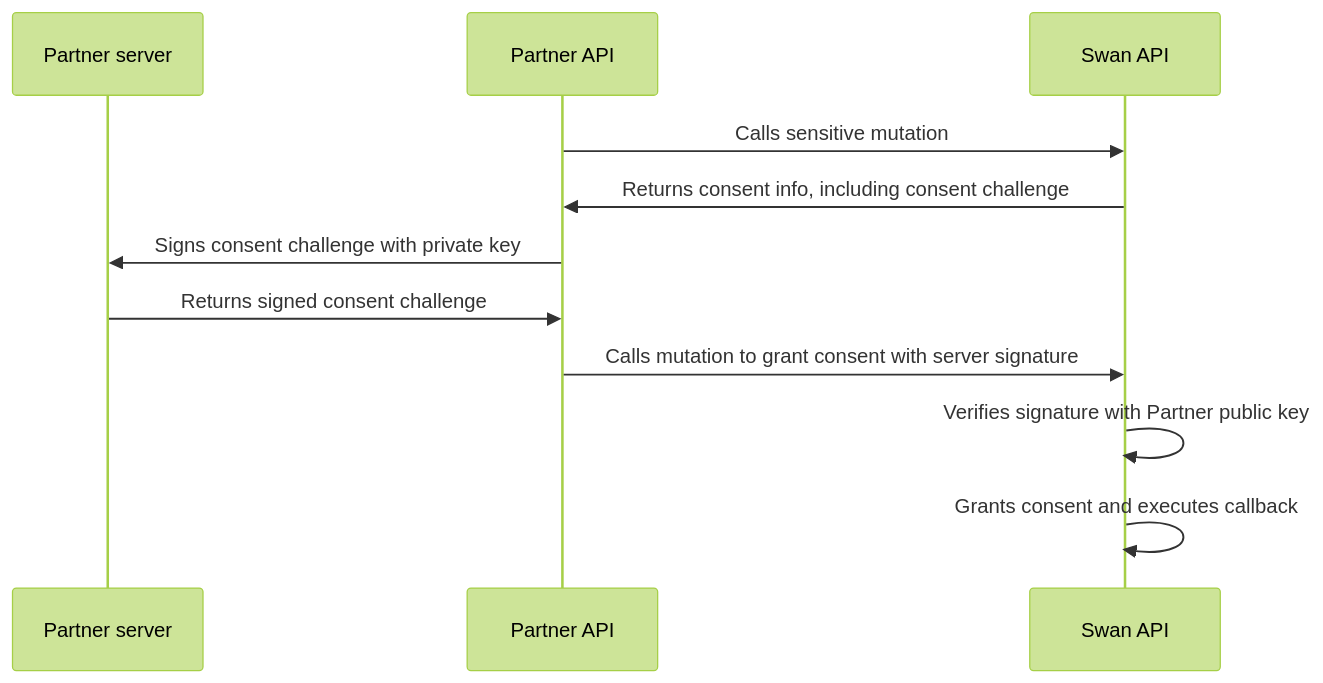
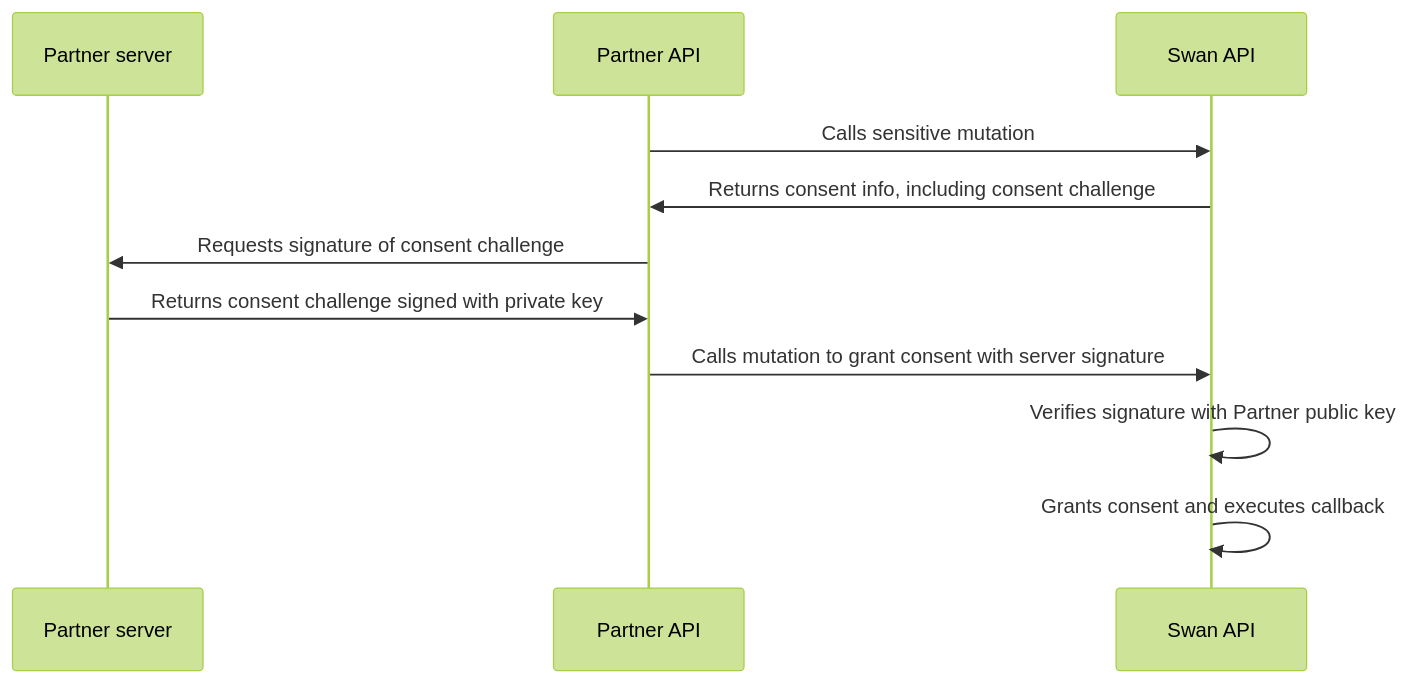
Before and after one commit to swan-io/docs: the diagram in docs/users/concepts/consent/server-to-server.mdx, drawn with Mermaid (forest theme). The commit also changed other lines of this file and 17 other files, not shown here.

````diff
--- a/docs/users/concepts/consent/server-to-server.mdx
+++ b/docs/users/concepts/consent/server-to-server.mdx
@@ -61,13 +61,13 @@
 ```mermaid
 sequenceDiagram
 participant PS as Partner server
 participant P as Partner API
 participant S as Swan API
     P ->> S: Calls sensitive mutation
     S ->> P: Returns consent info, including consent challenge
-    P ->> PS: Signs consent challenge with private key
-    PS ->> P: Returns signed consent challenge
+    P ->> PS: Requests signature of consent challenge
+    PS ->> P: Returns consent challenge signed with private key
     P ->> S: Calls mutation to grant consent with server signature
     S ->> S: Verifies signature with Partner public key
     S ->> S: Grants consent and executes callback
 ```
````
